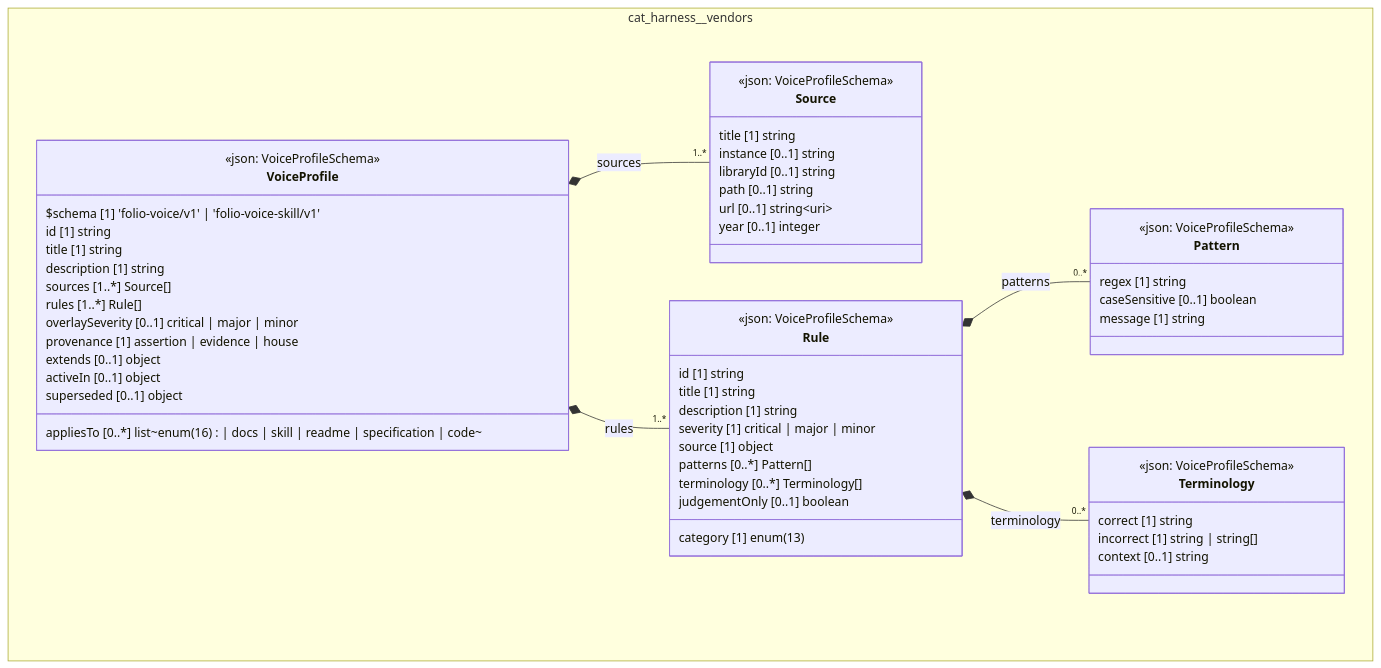
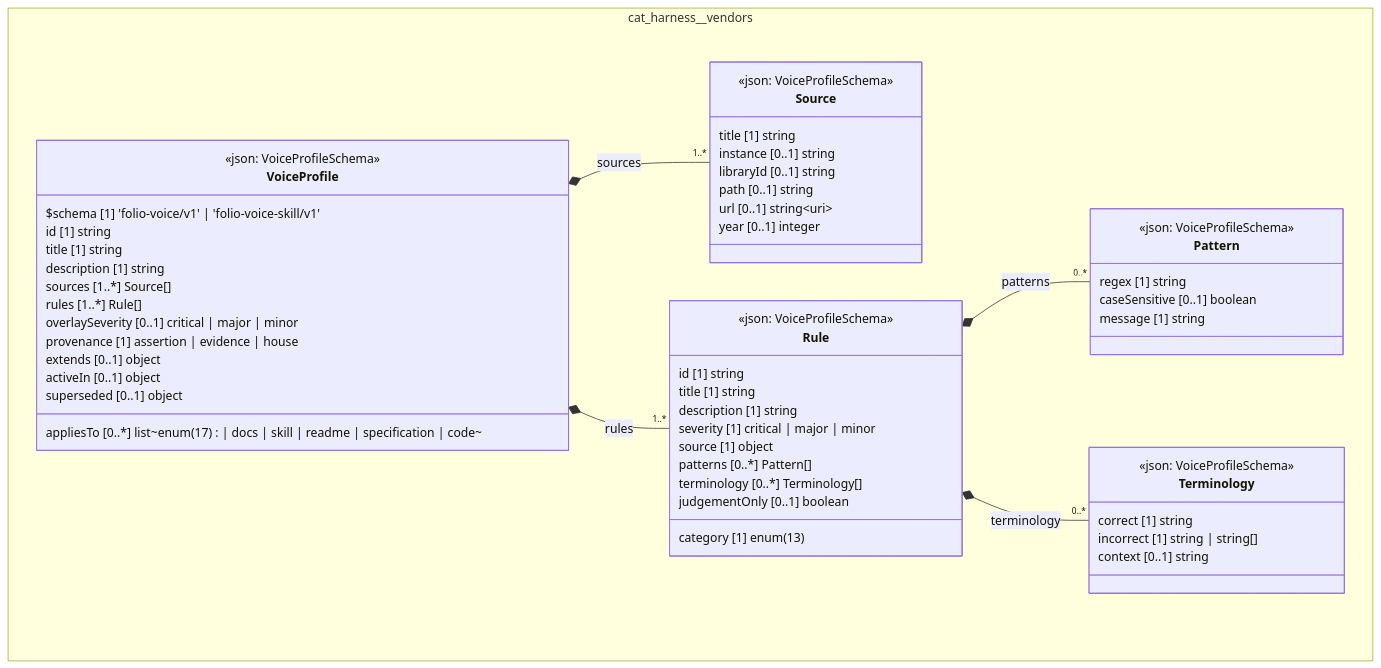
The diagram in docs/uml/overview/cat-harness/vendors.md (litlfred/cat-harness), drawn with Mermaid before and after one commit. The commit also changed 1163 other files, not shown here.

````diff
--- a/docs/uml/overview/cat-harness/vendors.md
+++ b/docs/uml/overview/cat-harness/vendors.md
@@ -47,63 +47,63 @@
 ```mermaid
 classDiagram
   direction TB
   namespace cat_harness__vendors {
     class cat_harness_vendors_Source["Source"] {
       <<json: VoiceProfileSchema>>
       title [1] string
       instance [0..1] string
       libraryId [0..1] string
       path [0..1] string
       url [0..1] string~uri~
       year [0..1] integer
     }
     class cat_harness_vendors_Pattern["Pattern"] {
       <<json: VoiceProfileSchema>>
       regex [1] string
       caseSensitive [0..1] boolean
       message [1] string
     }
     class cat_harness_vendors_Terminology["Terminology"] {
       <<json: VoiceProfileSchema>>
       correct [1] string
       incorrect [1] string | string[]
       context [0..1] string
     }
     class cat_harness_vendors_Rule["Rule"] {
       <<json: VoiceProfileSchema>>
       id [1] string
       title [1] string
       description [1] string
       category [1] enum(13)
       severity [1] critical | major | minor
       source [1] object
       patterns [0..*] Pattern[]
       terminology [0..*] Terminology[]
       judgementOnly [0..1] boolean
     }
     class cat_harness_vendors_VoiceProfile["VoiceProfile"] {
       <<json: VoiceProfileSchema>>
       $schema [1] 'folio-voice/v1' | 'folio-voice-skill/v1'
       id [1] string
       title [1] string
       description [1] string
       sources [1..*] Source[]
       rules [1..*] Rule[]
       overlaySeverity [0..1] critical | major | minor
-      appliesTo [0..*] list~enum(16) | docs | skill | readme | specification | code~
+      appliesTo [0..*] list~enum(17) | docs | skill | readme | specification | code~
       provenance [1] assertion | evidence | house
       extends [0..1] object
       activeIn [0..1] object
       superseded [0..1] object
     }
   }
   cat_harness_vendors_VoiceProfile *-- "1..*" cat_harness_vendors_Source : sources
   cat_harness_vendors_Rule *-- "0..*" cat_harness_vendors_Pattern : patterns
   cat_harness_vendors_Rule *-- "0..*" cat_harness_vendors_Terminology : terminology
   cat_harness_vendors_VoiceProfile *-- "1..*" cat_harness_vendors_Rule : rules
   cssClass "cat_harness_vendors_Source" fa_uml_kind_voice_vendors
   cssClass "cat_harness_vendors_Pattern" fa_uml_kind_voice_vendors
   cssClass "cat_harness_vendors_Terminology" fa_uml_kind_voice_vendors
   cssClass "cat_harness_vendors_Rule" fa_uml_kind_voice_vendors
   cssClass "cat_harness_vendors_VoiceProfile" fa_uml_kind_voice_vendors
 ```
````
